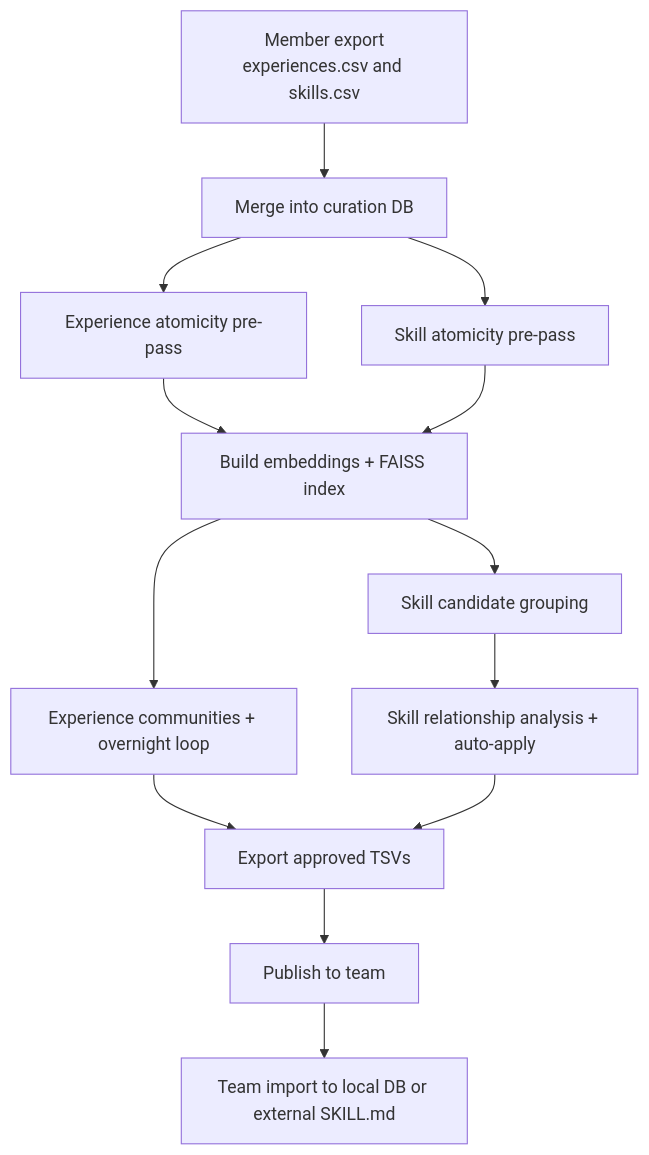
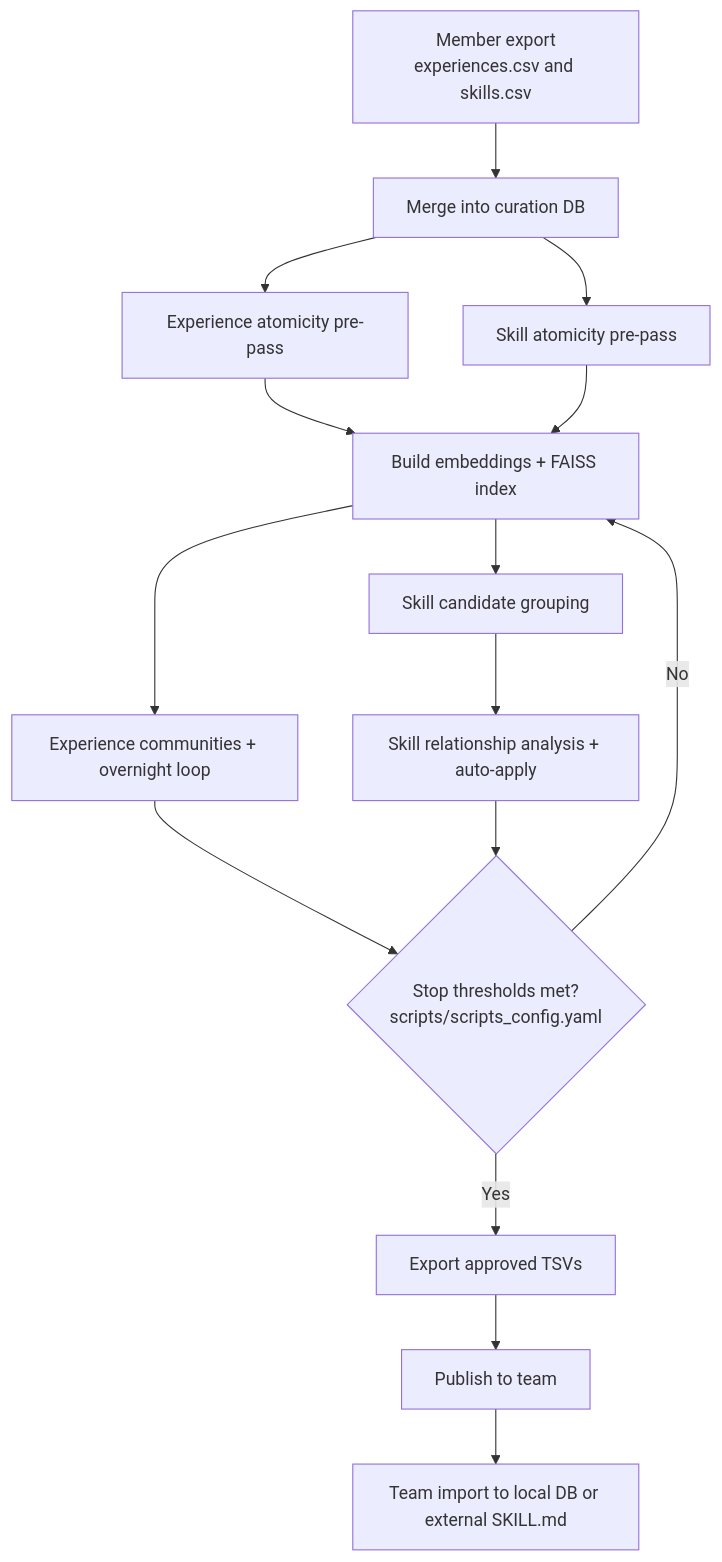
One commit to tyouritsugun/curated-heuristic-loop changed the diagram in doc/curation_spec.md. Above: the diagram before and after it, drawn with Mermaid.

Commit message:
refine doc

````diff
--- a/doc/curation_spec.md
+++ b/doc/curation_spec.md
@@ -5,15 +5,17 @@
 ```mermaid
 flowchart TD
   A[Member export<br/>experiences.csv and skills.csv] --> B[Merge into curation DB]
   B --> C1[Experience atomicity pre-pass]
   B --> C2[Skill atomicity pre-pass]
   C1 --> D[Build embeddings + FAISS index]
   C2 --> D
   D --> E1[Experience communities + overnight loop]
   D --> E2[Skill candidate grouping]
   E2 --> F2[Skill relationship analysis + auto-apply]
-  E1 --> G[Export approved TSVs]
-  F2 --> G
+  E1 --> L{Stop thresholds met?<br/>scripts/scripts_config.yaml}
+  F2 --> L
+  L -->|No| D
+  L -->|Yes| G[Export approved TSVs]
   G --> H[Publish to team]
   H --> I[Team import to local DB or external SKILL.md]
 ```
````
